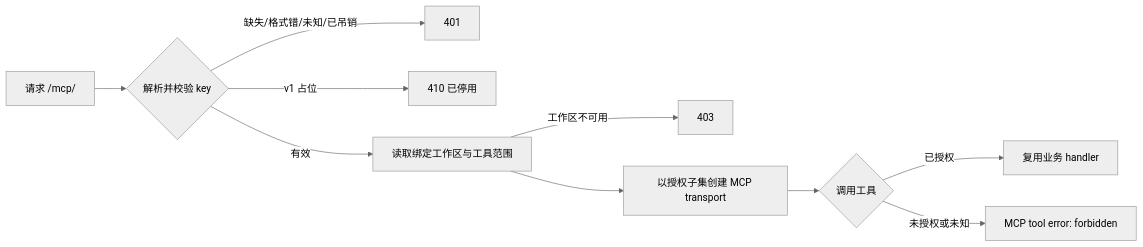
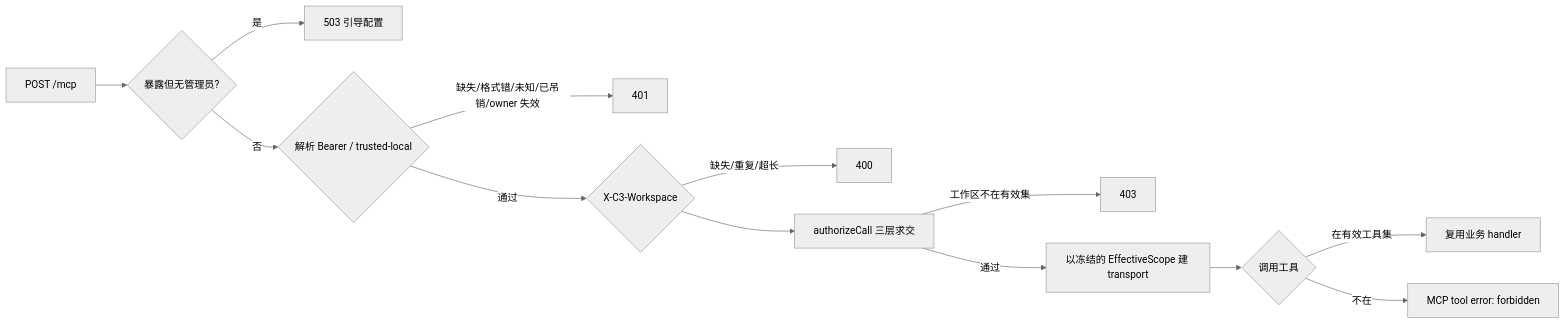
The diagram in doc/domains/core/external-mcp/external-mcp-spec.md (sequencestream/c3), drawn with Mermaid (neutral theme) before and after one commit. The commit also changed other lines of this file and 45 other files, not shown here.

Commit message:
feat: 外部 MCP 权限地基与统一传输层:user_workspace_scopes 范围表 + owner/secretVersion + policy epoch + authorizeCall() + 统一 /mcp 端点(Bearer/X-C3-Workspace/session pinning)

````diff
--- a/doc/domains/core/external-mcp/external-mcp-spec.md
+++ b/doc/domains/core/external-mcp/external-mcp-spec.md
@@ -28,12 +23,15 @@
 ```mermaid
 flowchart LR
-  A[请求 /mcp/<key>] --> B{解析并校验 key}
-  B -->|缺失/格式错/未知/已吊销| X[401]
-  B -->|v1 占位| V[410 已停用]
-  B -->|有效| C[读取绑定工作区与工具范围]
-  C -->|工作区不可用| Y[403]
-  C --> D[以授权子集创建 MCP transport]
-  D --> E{调用工具}
-  E -->|已授权| F[复用业务 handler]
-  E -->|未授权或未知| Z[MCP tool error: forbidden]
+  A[POST /mcp] --> E{暴露但无管理员?}
+  E -->|是| S[503 引导配置]
+  E -->|否| B{解析 Bearer / trusted-local}
+  B -->|缺失/格式错/未知/已吊销/owner 失效| X[401]
+  B -->|通过| W{X-C3-Workspace}
+  W -->|缺失/重复/超长| Q[400]
+  W --> C[authorizeCall 三层求交]
+  C -->|工作区不在有效集| Y[403]
+  C -->|通过| D[以冻结的 EffectiveScope 建 transport]
+  D --> F{调用工具}
+  F -->|在有效工具集| G[复用业务 handler]
+  F -->|不在| Z[MCP tool error: forbidden]
 ```
````
